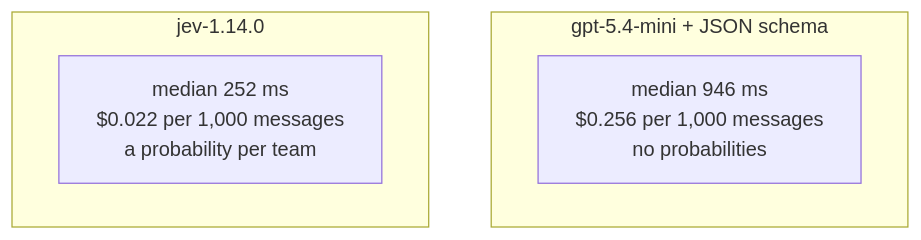
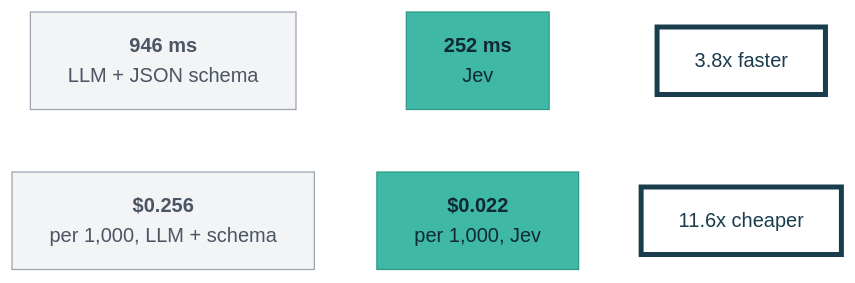
One commit to axel-sirota/getting_started_jev changed the fourth of 11 diagrams in imp_files/slides/module01_diagrams.md. Above: the diagram before and after it, drawn with Mermaid. The commit also changed other lines of this file and 38 other files, not shown here.

Commit message:
Module 1: notebooks, diagrams and deck

````diff
--- a/imp_files/slides/module01_diagrams.md
+++ b/imp_files/slides/module01_diagrams.md
@@ -48,9 +50,8 @@
 ```mermaid
-flowchart TD
-  subgraph L["gpt-5.4-mini + JSON schema"]
-    L1["median 946 ms<br/>$0.256 per 1,000 messages<br/>no probabilities"]
-  end
-  subgraph J["jev-1.14.0"]
-    J1["median 252 ms<br/>$0.022 per 1,000 messages<br/>a probability per team"]
-  end
+flowchart LR
+  LT["<b>946 ms</b><br/>LLM + JSON schema"]:::llm ~~~ JT["<b>252 ms</b><br/>Jev"]:::jev ~~~ RT["3.8x faster"]:::ratio
+  LC["<b>$0.256</b><br/>per 1,000, LLM + schema"]:::llm ~~~ JC["<b>$0.022</b><br/>per 1,000, Jev"]:::jev ~~~ RC["11.6x cheaper"]:::ratio
+  classDef llm fill:#F3F4F6,stroke:#9CA3AF,color:#4B5563
+  classDef jev fill:#40B8A6,stroke:#2F9987,color:#0F2938
+  classDef ratio fill:#FFFFFF,stroke:#1A3D4D,stroke-width:4px,color:#1A3D4D
 ```
````
